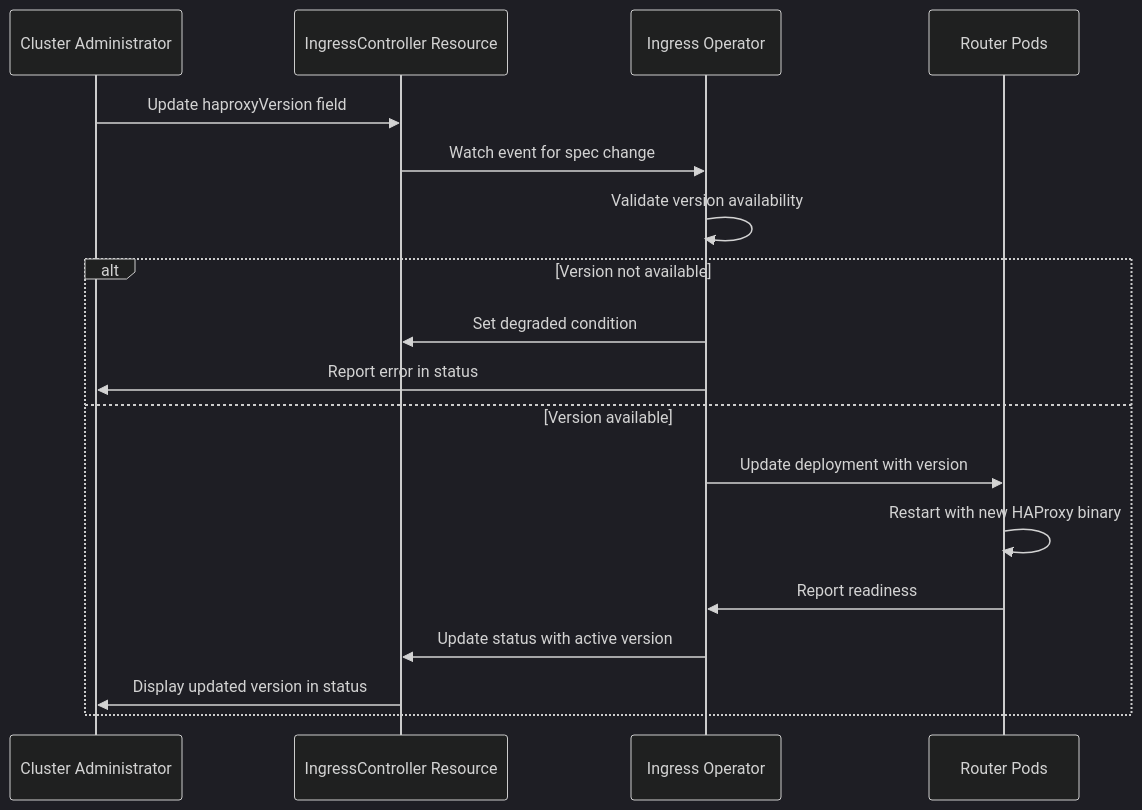
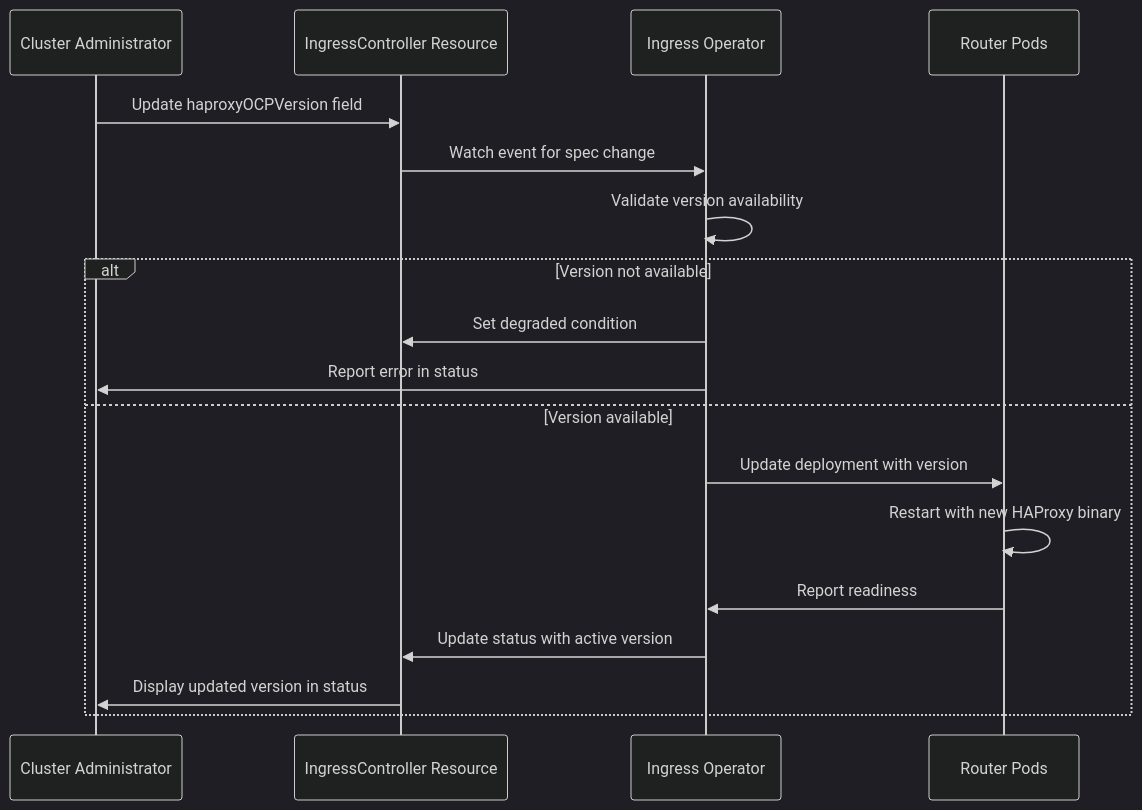
The diagram in enhancements/ingress/select-haproxy-version.md (openshift/enhancements), drawn with Mermaid (dark theme) before and after one commit. The commit also changed other lines of this file, not shown here.

````diff
--- a/enhancements/ingress/select-haproxy-version.md
+++ b/enhancements/ingress/select-haproxy-version.md
@@ -187,21 +187,21 @@
 ```mermaid
 sequenceDiagram
     participant Admin as Cluster Administrator
     participant IC as IngressController Resource
     participant Operator as Ingress Operator
     participant Router as Router Pods
 
-    Admin->>IC: Update haproxyVersion field
+    Admin->>IC: Update haproxyOCPVersion field
     IC->>Operator: Watch event for spec change
     Operator->>Operator: Validate version availability
     alt Version not available
         Operator->>IC: Set degraded condition
         Operator->>Admin: Report error in status
     else Version available
         Operator->>Router: Update deployment with version
         Router->>Router: Restart with new HAProxy binary
         Router->>Operator: Report readiness
         Operator->>IC: Update status with active version
         IC->>Admin: Display updated version in status
     end
 ```
````
